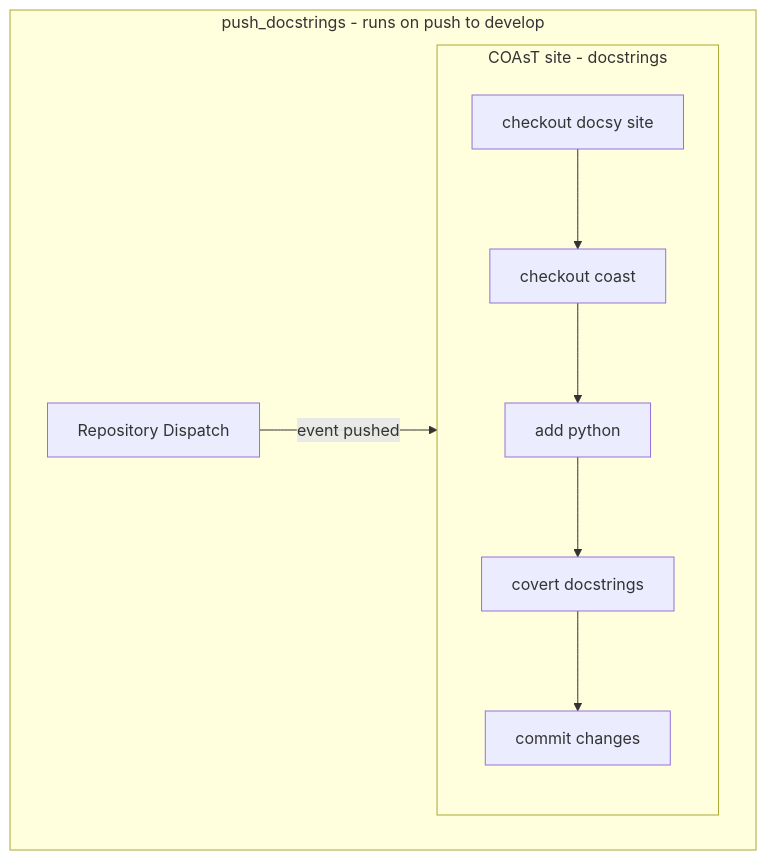
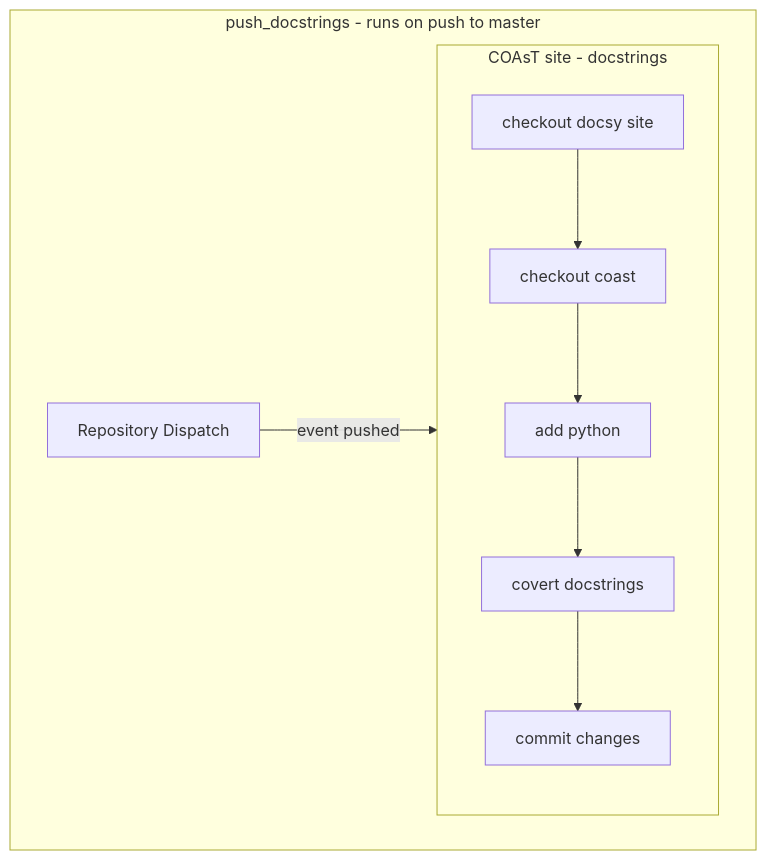
One commit to British-Oceanographic-Data-Centre/COAsT changed the fourth of 5 diagrams in github-actions-flowchart.md. Above: the diagram before and after it, drawn with Mermaid. The commit also changed other lines of this file, not shown here.

Commit message:
update to match action file

````diff
--- a/github-actions-flowchart.md
+++ b/github-actions-flowchart.md
@@ -66,16 +66,16 @@
 ```mermaid
 flowchart LR
-    subgraph b3[push_docstrings - runs on push to develop]
+    subgraph b3[push_docstrings - runs on push to master]
         direction LR
         subgraph b4[COAsT site - docstrings ]
             direction TB
             a1[checkout docsy site] -->b1
             b1[checkout coast] -->c1
             c1[add python] -->d1
             d1[covert docstrings] -->e1
             e1[commit changes]            
         end
     r[Repository Dispatch] -- event pushed --> b4       
     end
     click a1 "https://github.com/British-Oceanographic-Data-Centre/COAsT-site" "Docsy site for COAsT repo"
 ```
````
